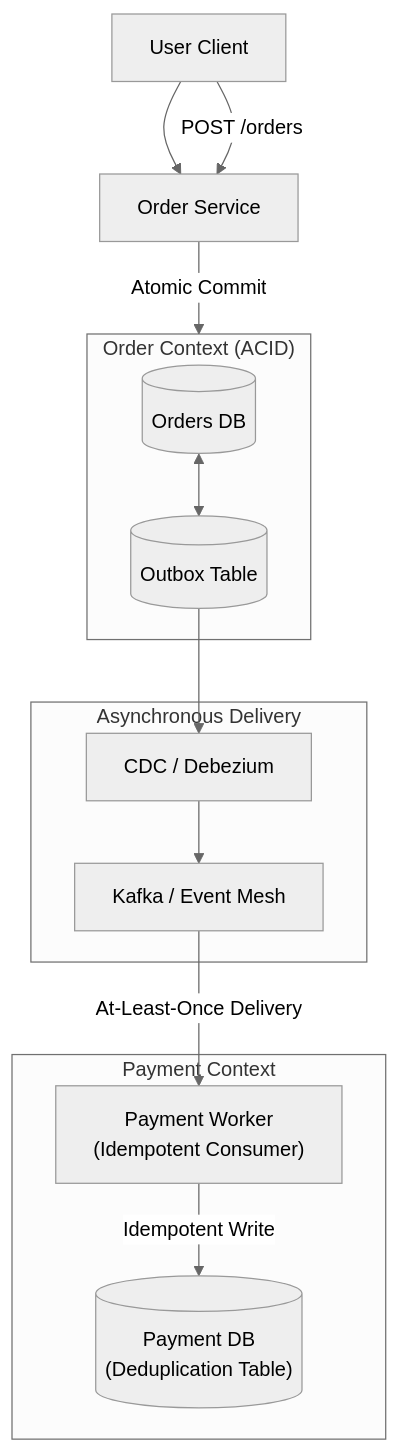
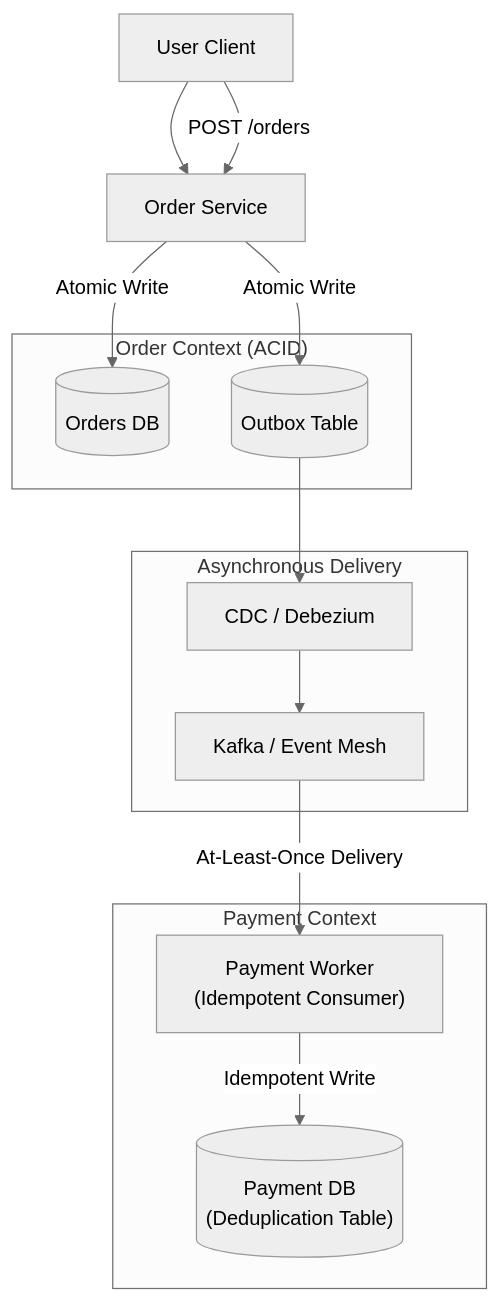
One commit to MohdMusaiyab/system-design changed the seventh of 7 diagrams in Databases/10_Data_Consistency.md. Above: the diagram before and after it, drawn with Mermaid (neutral theme). The commit also changed other lines of this file and 6 other files, not shown here.

````diff
--- a/Databases/10_Data_Consistency.md
+++ b/Databases/10_Data_Consistency.md
@@ -357,27 +357,27 @@
 ```mermaid
 flowchart TD
     User["User Client"] --> OrderSvc["Order Service"]
     
     subgraph OrderCluster["Order Context (ACID)"]
         OrderDB[("Orders DB")]
         Outbox[("Outbox Table")]
-        OrderDB <--> Outbox
     end
     
     subgraph AsyncPipe["Asynchronous Delivery"]
         CDC["CDC / Debezium"]
         Broker["Kafka / Event Mesh"]
     end
     
     subgraph PaymentCluster["Payment Context"]
         Consumer["Payment Worker<br/>(Idempotent Consumer)"]
         PayDB[("Payment DB<br/>(Deduplication Table)")]
     end
 
-    User -->|POST /orders| OrderSvc
-    OrderSvc -->|Atomic Commit| OrderCluster
+    User -->|"POST /orders"| OrderSvc
+    OrderSvc -->|"Atomic Write"| OrderDB
+    OrderSvc -->|"Atomic Write"| Outbox
     Outbox --> CDC
     CDC --> Broker
-    Broker -->|At-Least-Once Delivery| Consumer
-    Consumer -->|Idempotent Write| PayDB
+    Broker -->|"At-Least-Once Delivery"| Consumer
+    Consumer -->|"Idempotent Write"| PayDB
 ```
````
